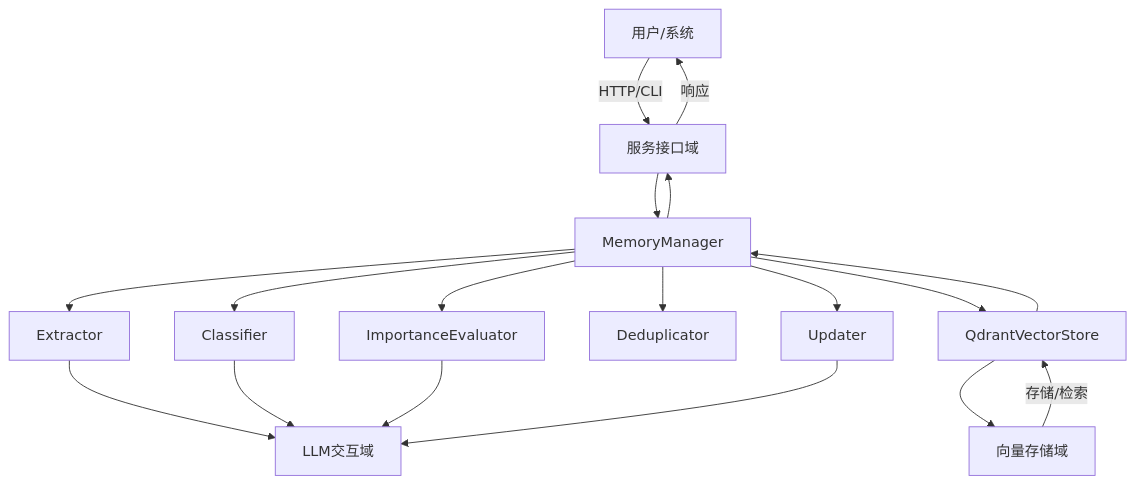
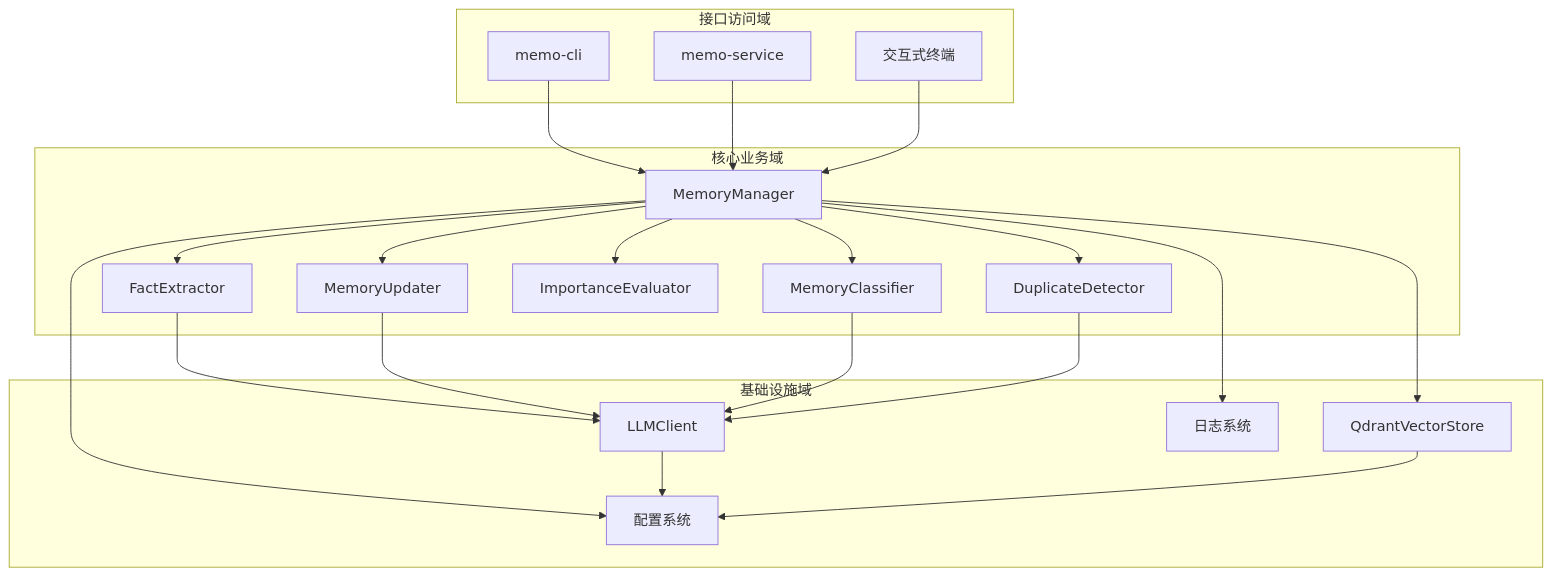
One commit to sopaco/cortex-mem changed the first of 5 diagrams in litho.docs/3、工作流程.md. Above: the diagram before and after it, drawn with Mermaid. The commit also changed other lines of this file and 16 other files, not shown here.

````diff
--- a/litho.docs/3、工作流程.md
+++ b/litho.docs/3、工作流程.md
@@ -29,20 +43,42 @@
 ```mermaid
 graph TD
-    A[用户/系统] -->|HTTP/CLI| B[服务接口域]
-    B --> C[MemoryManager]
-    C --> D[Extractor]
-    C --> E[Classifier]
-    C --> F[ImportanceEvaluator]
-    C --> G[Deduplicator]
-    C --> H[Updater]
-    D --> I[LLM交互域]
-    E --> I
-    F --> I
-    H --> I
-    C --> J[QdrantVectorStore]
-    J --> K[向量存储域]
-    K -->|存储/检索| J
-    J --> C
-    C --> B
-    B -->|响应| A
+    subgraph "接口访问域"
+        CLI[memo-cli]
+        HTTP[memo-service]
+        TUI[交互式终端]
+    end
+
+    subgraph "核心业务域"
+        MM[MemoryManager]
+        FE[FactExtractor]
+        MU[MemoryUpdater]
+        MC[MemoryClassifier]
+        IE[ImportanceEvaluator]
+        DD[DuplicateDetector]
+    end
+
+    subgraph "基础设施域"
+        VS[QdrantVectorStore]
+        LC[LLMClient]
+        CFG[配置系统]
+        LOG[日志系统]
+    end
+
+    CLI --> MM
+    HTTP --> MM
+    TUI --> MM
+    MM --> FE
+    MM --> MU
+    MM --> MC
+    MM --> IE
+    MM --> DD
+    FE --> LC
+    MU --> LC
+    MC --> LC
+    DD --> LC
+    MM --> VS
+    MM --> CFG
+    MM --> LOG
+    LC --> CFG
+    VS --> CFG
 ```
````
